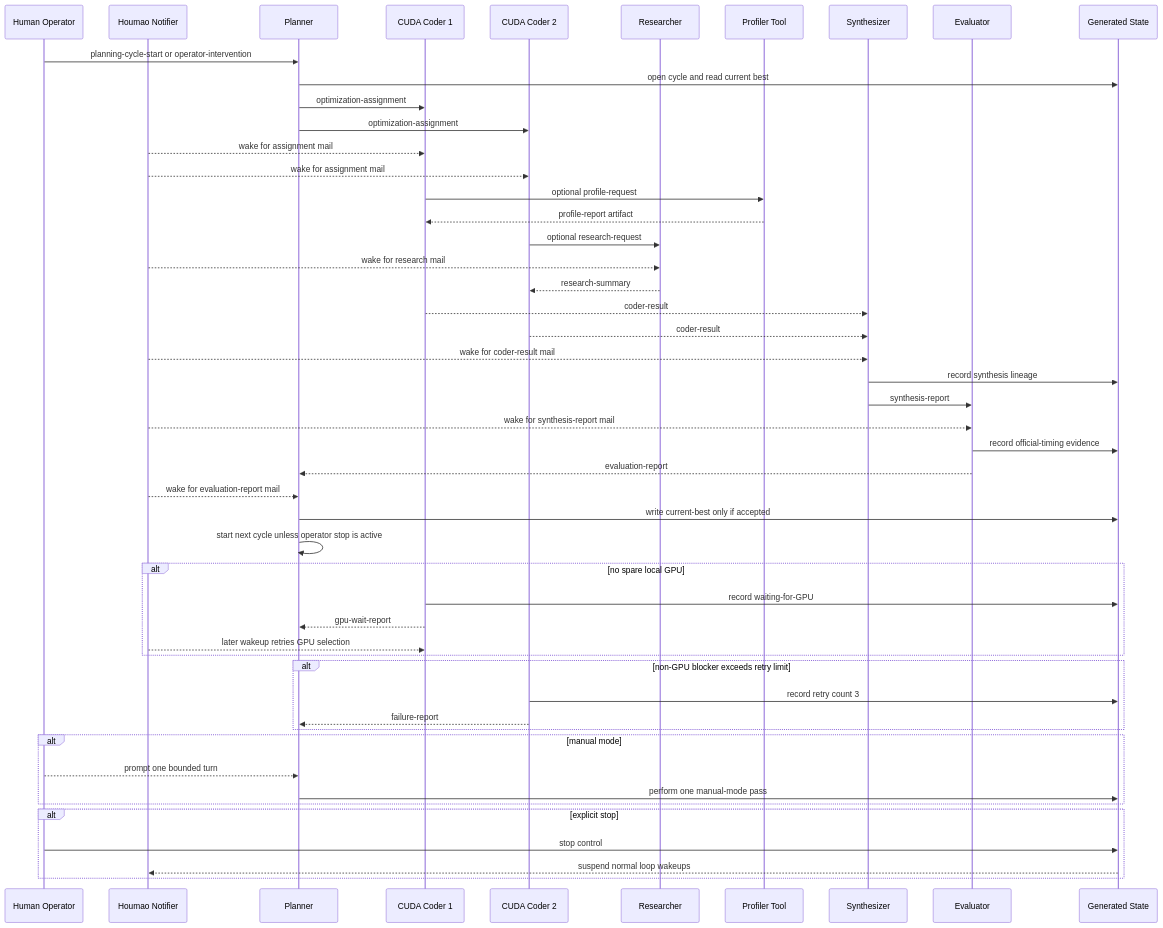
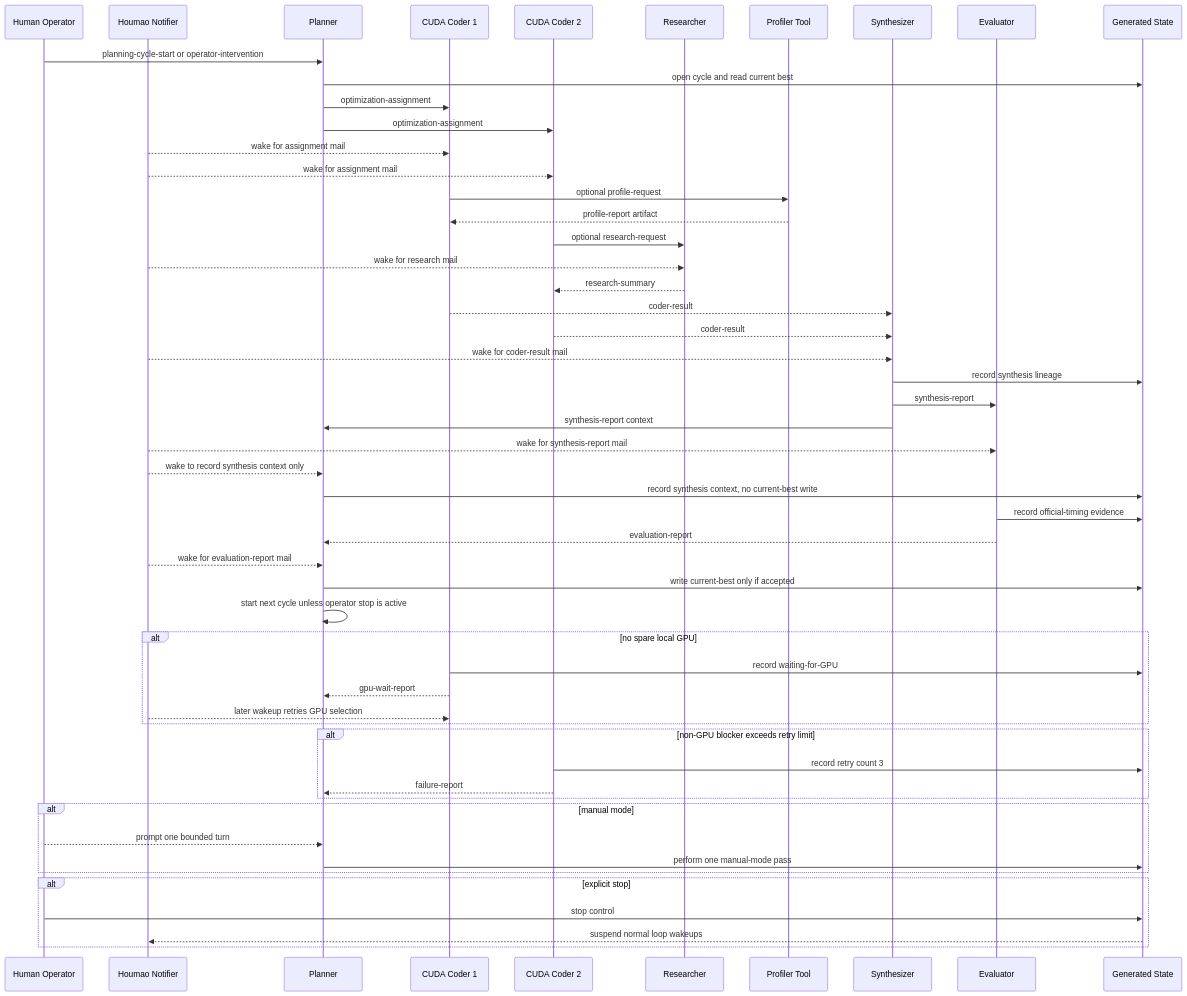
One commit to igamenovoer/hmdemo-mlsys26-contest changed the diagram in teams/lead-code-synth-research/execplan/specs/collab/collab-overview.md. Above: the diagram before and after it, drawn with Mermaid. The commit also changed other lines of this file and 7 other files, not shown here.

````diff
--- a/teams/lead-code-synth-research/execplan/specs/collab/collab-overview.md
+++ b/teams/lead-code-synth-research/execplan/specs/collab/collab-overview.md
@@ -317,57 +325,60 @@
 ```mermaid
 sequenceDiagram
     participant Operator as Human Operator
     participant Notifier as Houmao Notifier
     participant Planner
     participant Coder1 as CUDA Coder 1
     participant Coder2 as CUDA Coder 2
     participant Researcher
     participant Profiler as Profiler Tool
     participant Synth as Synthesizer
     participant Eval as Evaluator
     participant State as Generated State
 
     Operator->>Planner: planning-cycle-start or operator-intervention
     Planner->>State: open cycle and read current best
     Planner->>Coder1: optimization-assignment
     Planner->>Coder2: optimization-assignment
     Notifier-->>Coder1: wake for assignment mail
     Notifier-->>Coder2: wake for assignment mail
     Coder1->>Profiler: optional profile-request
     Profiler-->>Coder1: profile-report artifact
     Coder2->>Researcher: optional research-request
     Notifier-->>Researcher: wake for research mail
     Researcher-->>Coder2: research-summary
     Coder1-->>Synth: coder-result
     Coder2-->>Synth: coder-result
     Notifier-->>Synth: wake for coder-result mail
     Synth->>State: record synthesis lineage
     Synth->>Eval: synthesis-report
+    Synth->>Planner: synthesis-report context
     Notifier-->>Eval: wake for synthesis-report mail
+    Notifier-->>Planner: wake to record synthesis context only
+    Planner->>State: record synthesis context, no current-best write
     Eval->>State: record official-timing evidence
     Eval-->>Planner: evaluation-report
     Notifier-->>Planner: wake for evaluation-report mail
     Planner->>State: write current-best only if accepted
     Planner->>Planner: start next cycle unless operator stop is active
 
     alt no spare local GPU
         Coder1->>State: record waiting-for-GPU
         Coder1-->>Planner: gpu-wait-report
         Notifier-->>Coder1: later wakeup retries GPU selection
     end
 
     alt non-GPU blocker exceeds retry limit
         Coder2->>State: record retry count 3
         Coder2-->>Planner: failure-report
     end
 
     alt manual mode
         Operator-->>Planner: prompt one bounded turn
         Planner->>State: perform one manual-mode pass
     end
 
     alt explicit stop
         Operator->>State: stop control
         State-->>Notifier: suspend normal loop wakeups
     end
 ```
````
